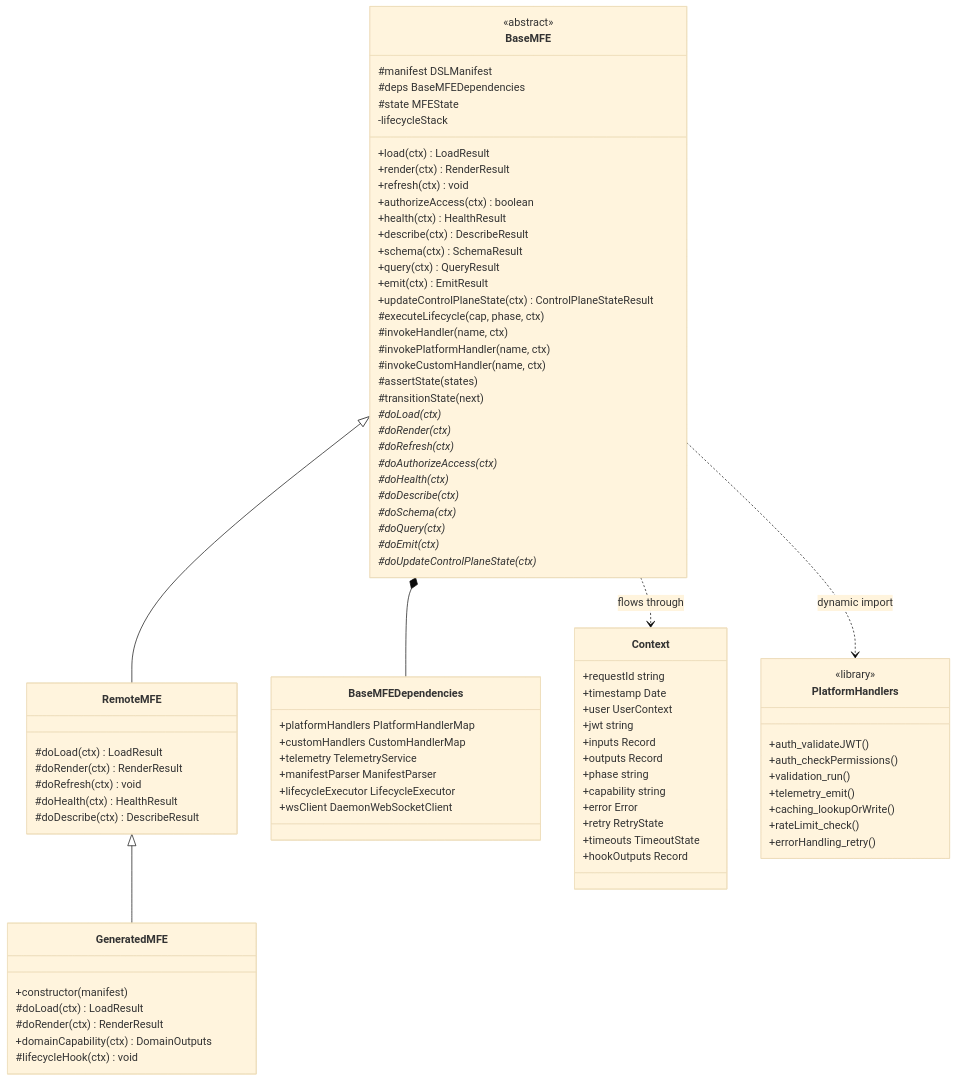
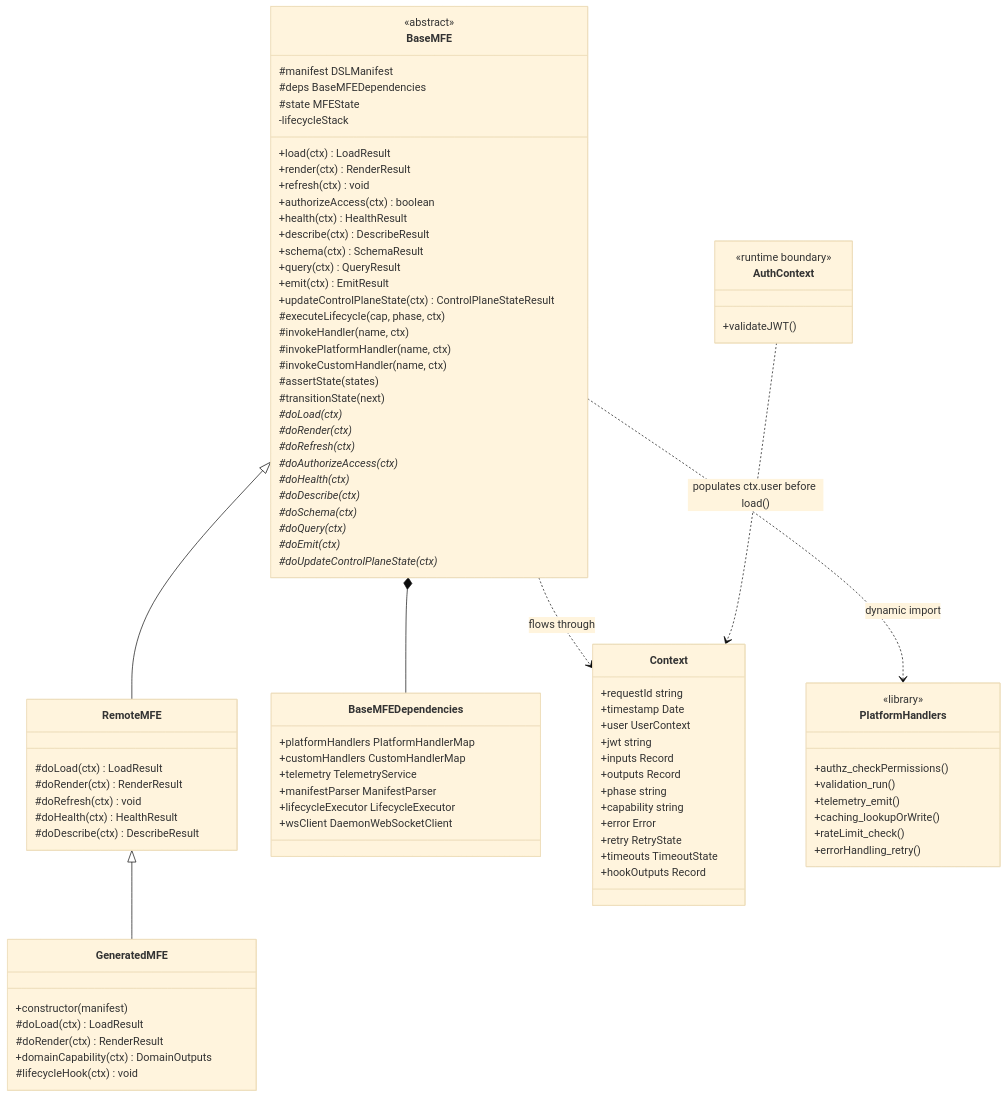
One commit to falese/seans-mfe-tool changed the second of 7 diagrams in docs/architecture-codegen-and-base-mfe.md. Above: the diagram before and after it, drawn with Mermaid (base theme). The commit also changed 9 other files, not shown here.

First line of the commit message:
refactor(runtime): split authn boundary from authz handler (ADR-069)

````diff
--- a/docs/architecture-codegen-and-base-mfe.md
+++ b/docs/architecture-codegen-and-base-mfe.md
@@ -136,8 +136,7 @@
 
     class PlatformHandlers {
         <<library>>
-        +auth_validateJWT()
-        +auth_checkPermissions()
+        +authz_checkPermissions()
         +validation_run()
         +telemetry_emit()
         +caching_lookupOrWrite()
@@ -145,9 +144,15 @@
         +errorHandling_retry()
     }
 
+    class AuthContext {
+        <<runtime boundary>>
+        +validateJWT()
+    }
+
     BaseMFE <|-- RemoteMFE
     RemoteMFE <|-- GeneratedMFE
     BaseMFE *-- BaseMFEDependencies
     BaseMFE ..> Context : flows through
     BaseMFE ..> PlatformHandlers : dynamic import
+    AuthContext ..> Context : populates ctx.user before load()
 ```
````
